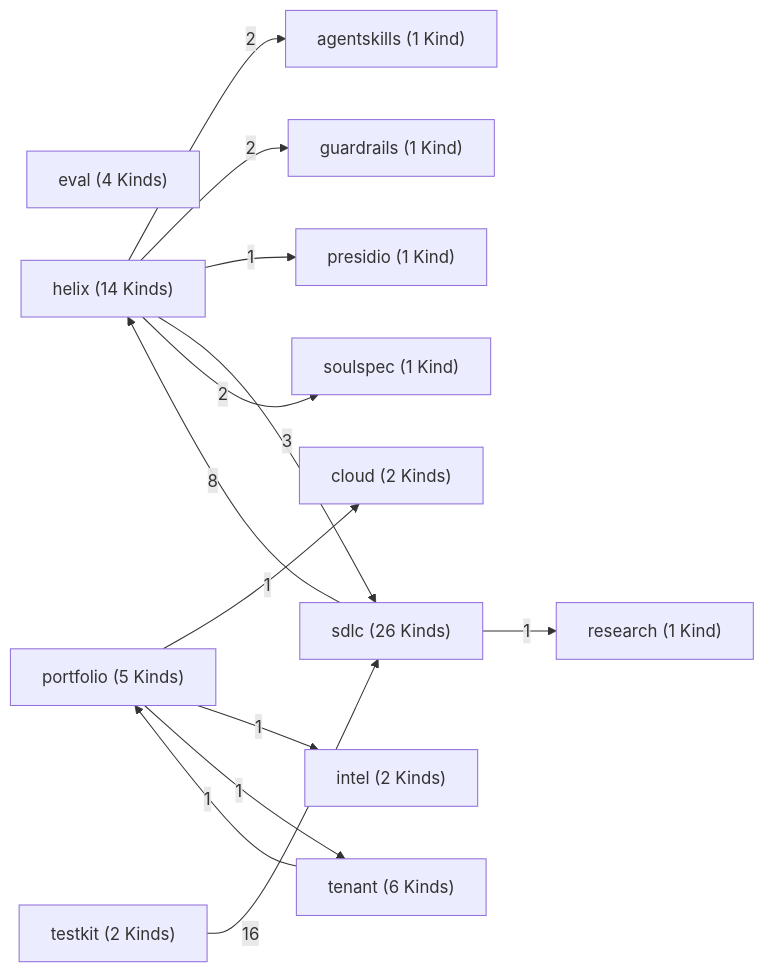
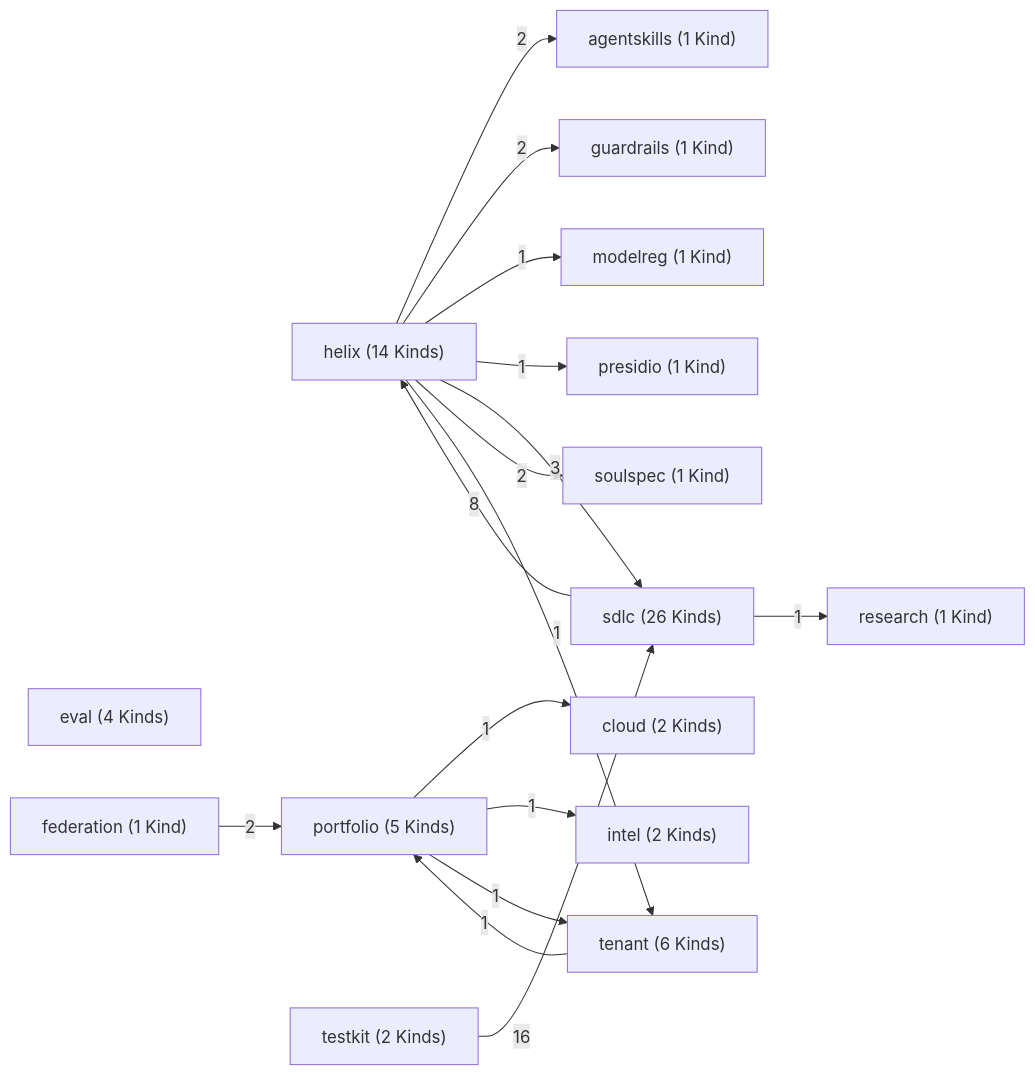
Before and after one commit to ruinosus/dna: the first of 11 diagrams in docs/reference/data-model.md, drawn with Mermaid. The commit also changed other lines of this file and 3 other files, not shown here.

````diff
--- a/docs/reference/data-model.md
+++ b/docs/reference/data-model.md
@@ -91,28 +91,33 @@
 ```mermaid
 flowchart LR
     agentskills["agentskills (1 Kind)"]
     cloud["cloud (2 Kinds)"]
     eval["eval (4 Kinds)"]
+    federation["federation (1 Kind)"]
     guardrails["guardrails (1 Kind)"]
     helix["helix (14 Kinds)"]
     intel["intel (2 Kinds)"]
+    modelreg["modelreg (1 Kind)"]
     portfolio["portfolio (5 Kinds)"]
     presidio["presidio (1 Kind)"]
     research["research (1 Kind)"]
     sdlc["sdlc (26 Kinds)"]
     soulspec["soulspec (1 Kind)"]
     tenant["tenant (6 Kinds)"]
     testkit["testkit (2 Kinds)"]
+    federation -->|2| portfolio
     helix -->|2| agentskills
     helix -->|2| guardrails
+    helix -->|1| modelreg
     helix -->|1| presidio
     helix -->|3| sdlc
     helix -->|2| soulspec
+    helix -->|1| tenant
     portfolio -->|1| cloud
     portfolio -->|1| intel
     portfolio -->|1| tenant
     sdlc -->|8| helix
     sdlc -->|1| research
     tenant -->|1| portfolio
     testkit -->|16| sdlc
 ```
````
